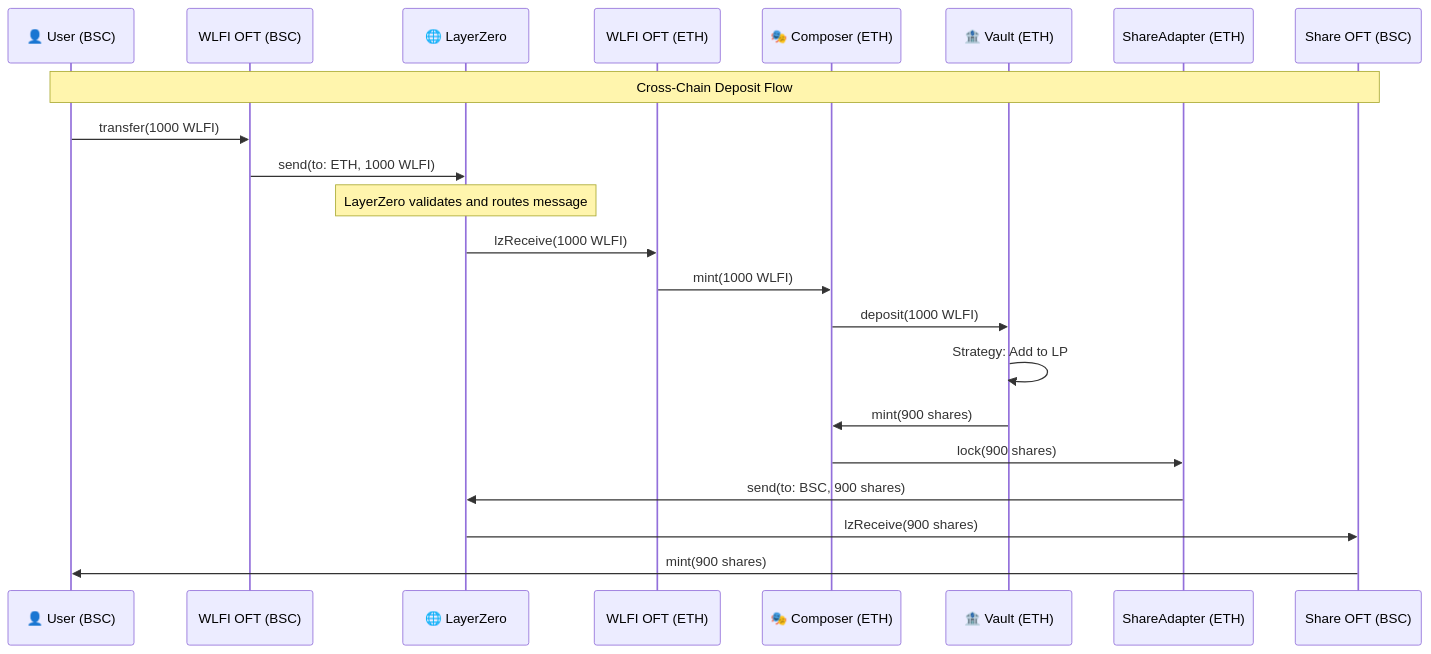
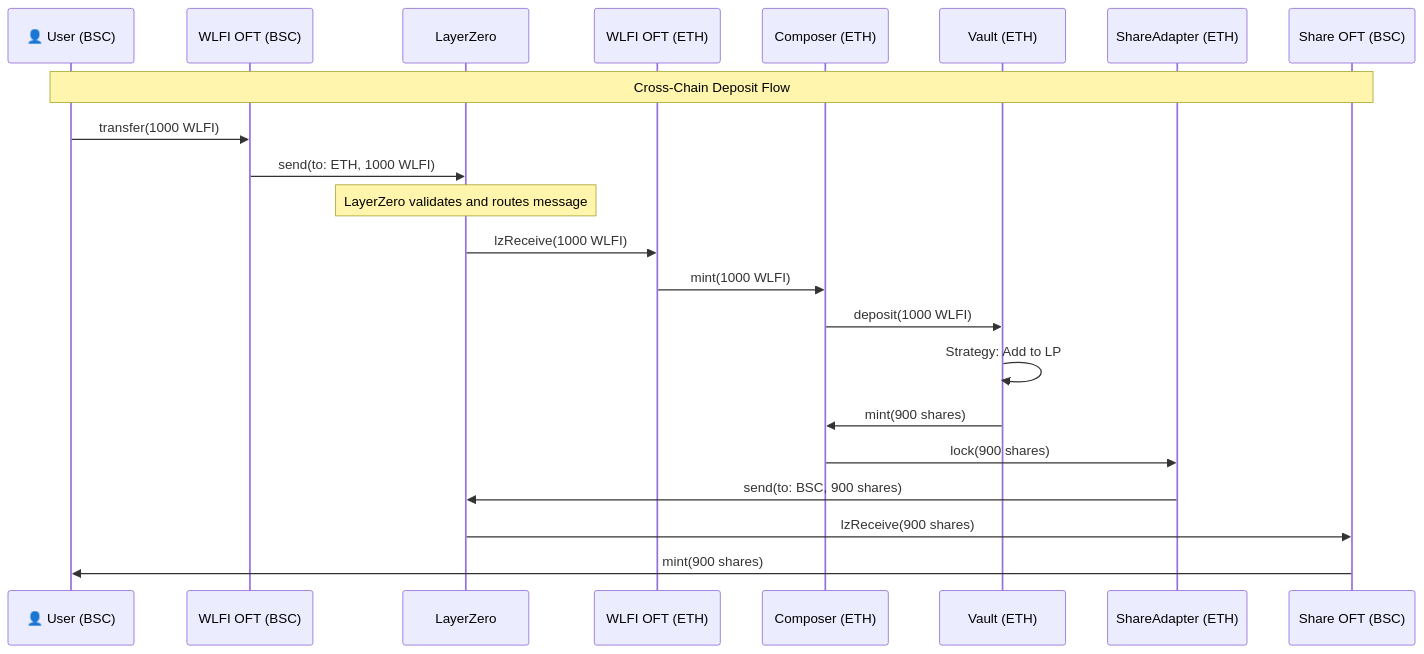
Before and after one commit to 47-Eagle/docs: the second of 3 diagrams in docs/concepts/layerzero-integration.md, drawn with Mermaid. The commit also changed other lines of this file and 2 other files, not shown here.

````diff
--- a/docs/concepts/layerzero-integration.md
+++ b/docs/concepts/layerzero-integration.md
@@ -99,26 +99,26 @@
 ```mermaid
 sequenceDiagram
     participant User as 👤 User (BSC)
     participant WLFI_BSC as WLFI OFT (BSC)
-    participant LZ as 🌐 LayerZero
+    participant LZ as LayerZero
     participant WLFI_ETH as WLFI OFT (ETH)
-    participant Composer as 🎭 Composer (ETH)
-    participant Vault as 🏦 Vault (ETH)
+    participant Composer as Composer (ETH)
+    participant Vault as Vault (ETH)
     participant Share_ETH as ShareAdapter (ETH)
     participant Share_BSC as Share OFT (BSC)
     
     Note over User, Share_BSC: Cross-Chain Deposit Flow
     
     User->>WLFI_BSC: transfer(1000 WLFI)
     WLFI_BSC->>LZ: send(to: ETH, 1000 WLFI)
     Note over LZ: LayerZero validates and routes message
     LZ->>WLFI_ETH: lzReceive(1000 WLFI)
     WLFI_ETH->>Composer: mint(1000 WLFI)
     Composer->>Vault: deposit(1000 WLFI)
     Vault->>Vault: Strategy: Add to LP
     Vault->>Composer: mint(900 shares)
     Composer->>Share_ETH: lock(900 shares)
     Share_ETH->>LZ: send(to: BSC, 900 shares)
     LZ->>Share_BSC: lzReceive(900 shares)
     Share_BSC->>User: mint(900 shares)
 ```
````
